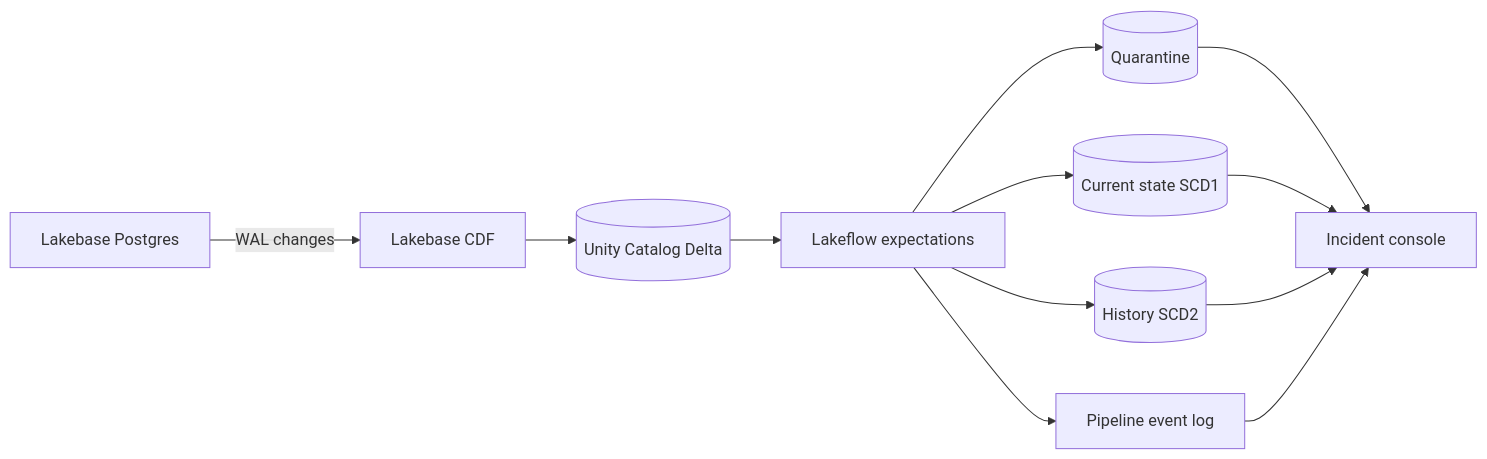
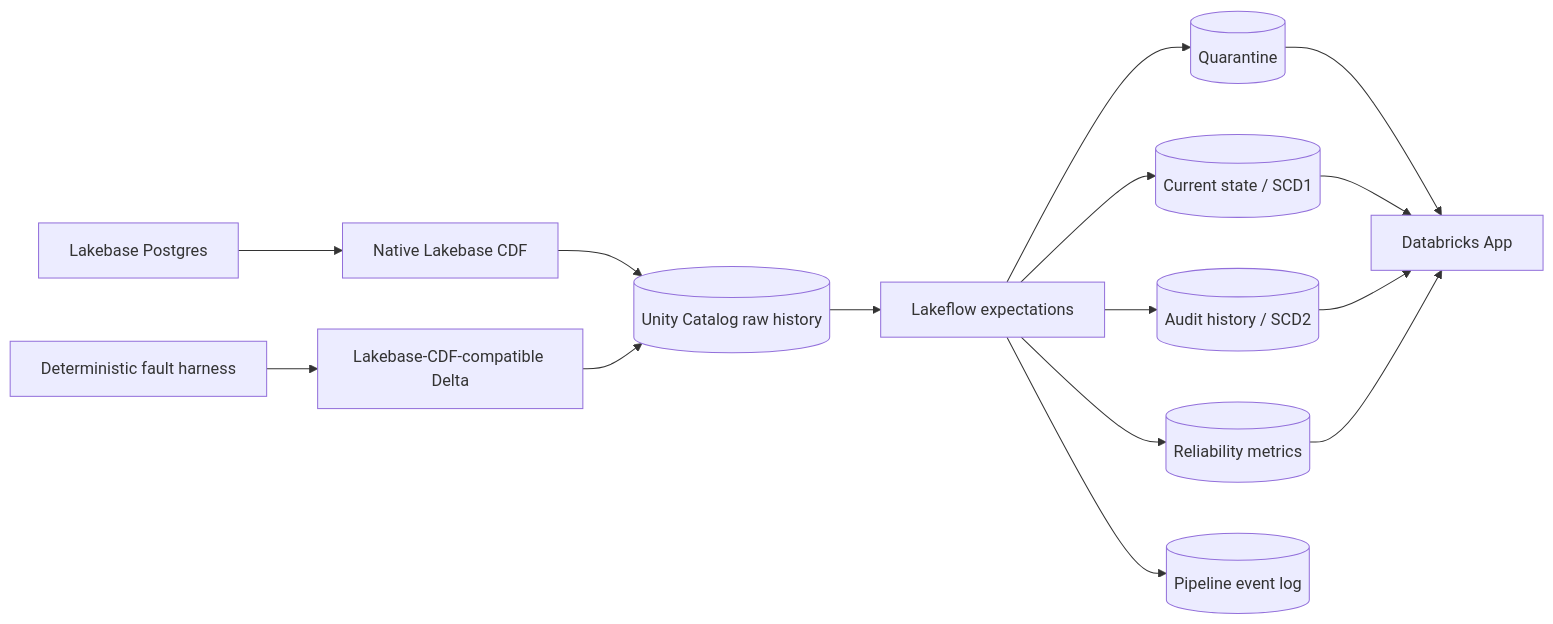
Before and after one commit to raaidiqbal/faultline-dbx: the diagram in README.md, drawn with Mermaid. The commit also changed other lines of this file and 7 other files, not shown here.

````diff
--- a/README.md
+++ b/README.md
@@ -84,14 +88,17 @@
 ```mermaid
 flowchart LR
-    A[Lakebase Postgres] -->|WAL changes| B[Lakebase CDF]
-    B --> C[(Unity Catalog Delta)]
-    C --> D[Lakeflow expectations]
-    D --> E[(Quarantine)]
-    D --> F[(Current state SCD1)]
-    D --> G[(History SCD2)]
-    D --> H[Pipeline event log]
-    E --> I[Incident console]
-    F --> I
-    G --> I
-    H --> I
+    A[Lakebase Postgres] --> B[Native Lakebase CDF]
+    C[Deterministic fault harness] --> D[Lakebase-CDF-compatible Delta]
+    B --> E[(Unity Catalog raw history)]
+    D --> E
+    E --> F[Lakeflow expectations]
+    F --> G[(Quarantine)]
+    F --> H[(Current state / SCD1)]
+    F --> I[(Audit history / SCD2)]
+    F --> J[(Reliability metrics)]
+    F --> K[(Pipeline event log)]
+    G --> L[Databricks App]
+    H --> L
+    I --> L
+    J --> L
 ```
````
